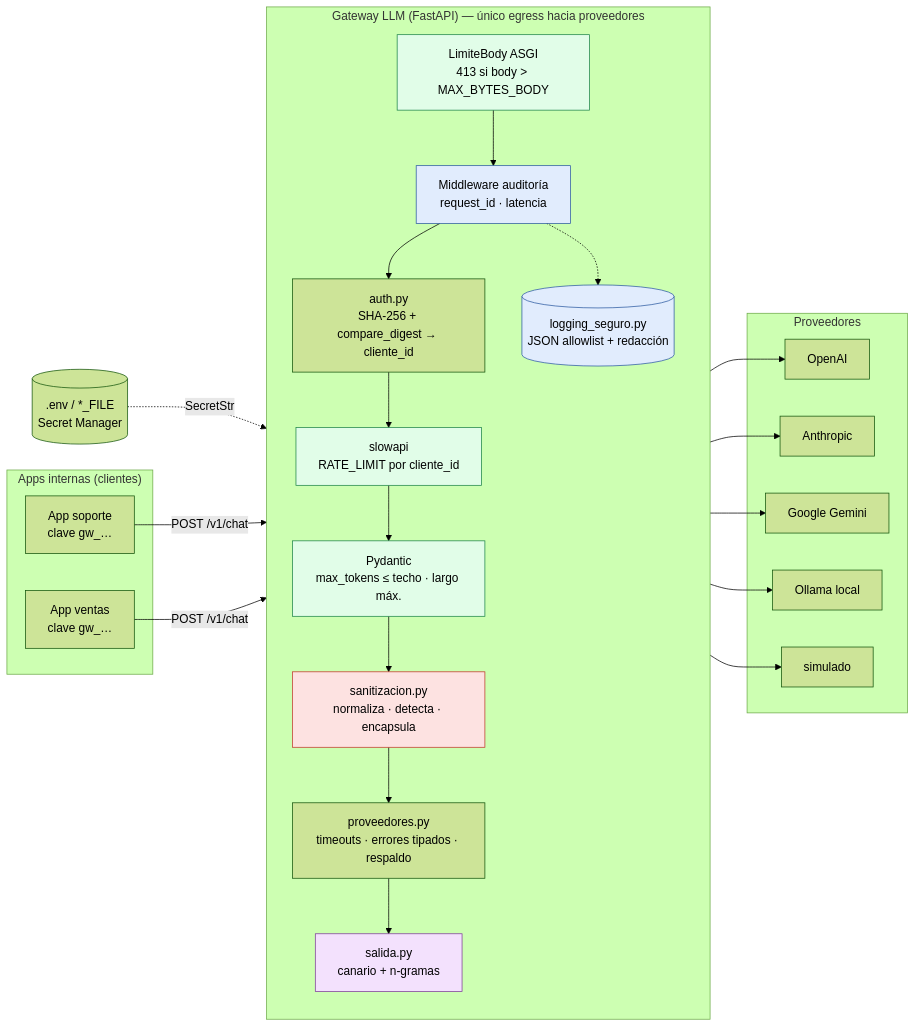
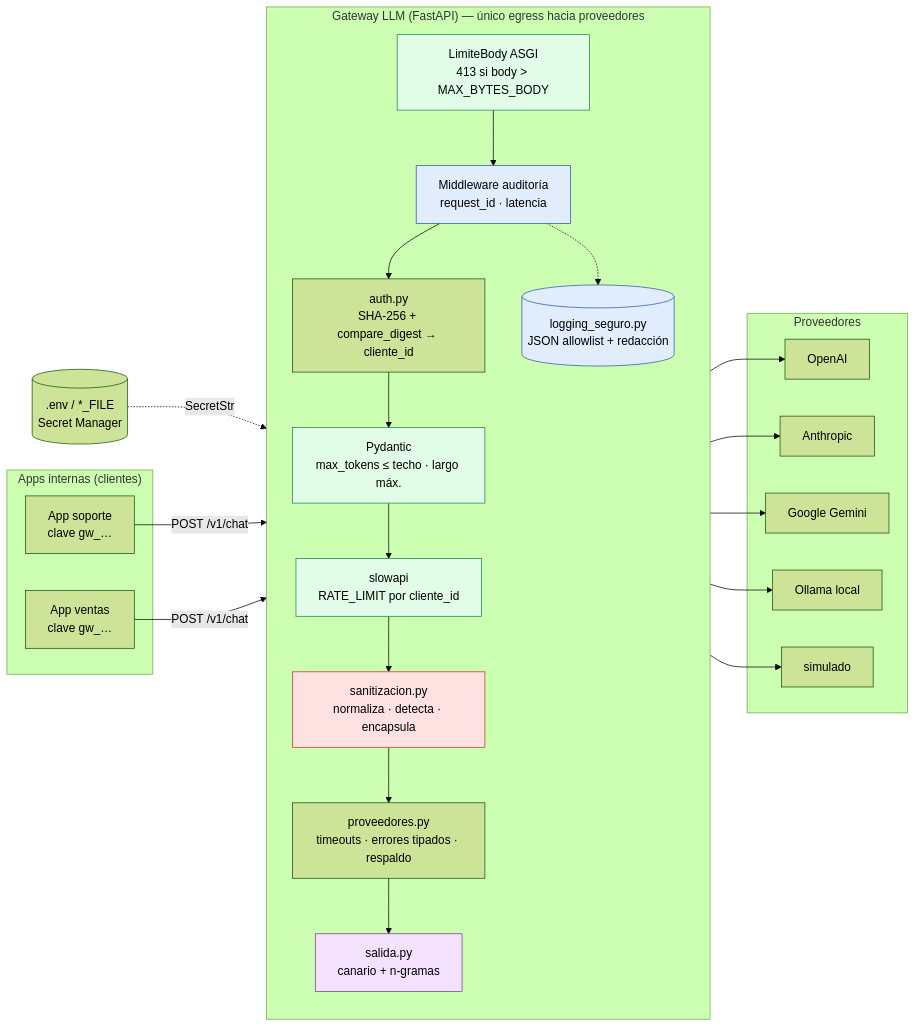
Before and after one commit to cesarmv85-del/fundamentos-arquitectura-llm-gateway-owasp: the diagram in docs/ARQUITECTURA.md, drawn with Mermaid (forest theme). The commit also changed other lines of this file and 13 other files, not shown here.

First line of the commit message:
Diagramas de arquitectura (6 vistas) y orden real de controles

````diff
--- a/docs/ARQUITECTURA.md
+++ b/docs/ARQUITECTURA.md
@@ -5,39 +20,39 @@
 ```mermaid
 flowchart LR
     subgraph Apps["Apps internas (clientes)"]
         A1[App soporte<br/>clave gw_…]
         A2[App ventas<br/>clave gw_…]
     end
 
     subgraph GW["Gateway LLM (FastAPI) — único egress hacia proveedores"]
         direction TB
         M0[LimiteBody ASGI<br/>413 si body > MAX_BYTES_BODY]:::l10
         M1[Middleware auditoría<br/>request_id · latencia]:::l02
         AU[auth.py<br/>SHA-256 + compare_digest → cliente_id]
         RL[slowapi<br/>RATE_LIMIT por cliente_id]:::l10
         VA[Pydantic<br/>max_tokens ≤ techo · largo máx.]:::l10
         SA[sanitizacion.py<br/>normaliza · detecta · encapsula]:::l01
         PR[proveedores.py<br/>timeouts · errores tipados · respaldo]
         SO[salida.py<br/>canario + n-gramas]:::l07
         LG[(logging_seguro.py<br/>JSON allowlist + redacción)]:::l02
-        M0 --> M1 --> AU --> RL --> VA --> SA --> PR --> SO
+        M0 --> M1 --> AU --> VA --> RL --> SA --> PR --> SO
         M1 -.-> LG
     end
 
     subgraph UP["Proveedores"]
         P1[OpenAI]
         P2[Anthropic]
         P3[Google Gemini]
         P4[Ollama local]
         P5[simulado]
     end
 
     SEC[(.env / *_FILE<br/>Secret Manager)] -. SecretStr .-> PR
     A1 & A2 -->|POST /v1/chat| M0
     PR --> P1 & P2 & P3 & P4 & P5
 
     classDef l01 fill:#fde2e1,stroke:#c0392b
     classDef l02 fill:#e1ecfd,stroke:#2c5aa0
     classDef l07 fill:#f3e1fd,stroke:#7d3c98
     classDef l10 fill:#e1fde8,stroke:#1e8449
 ```
````
